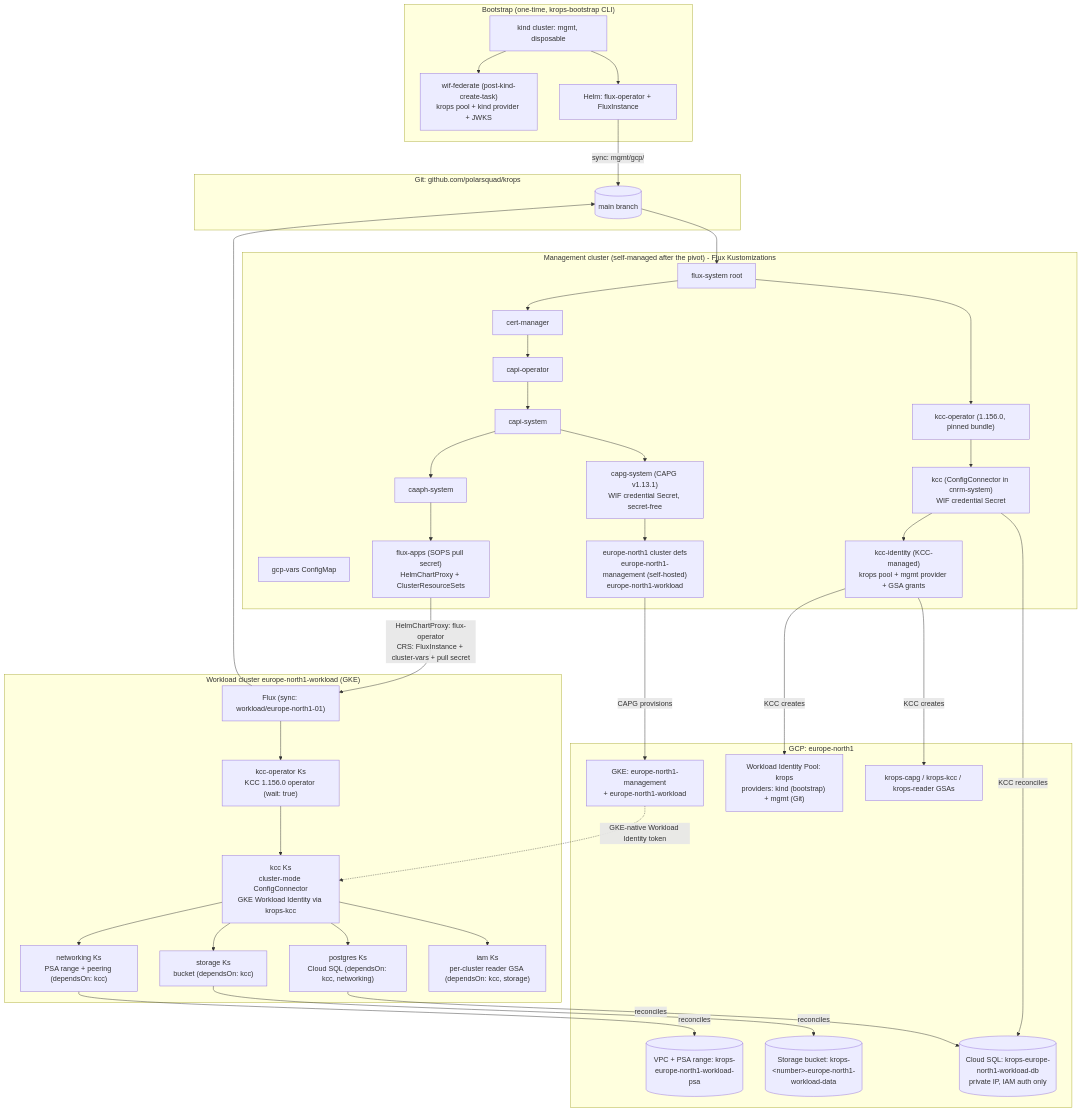
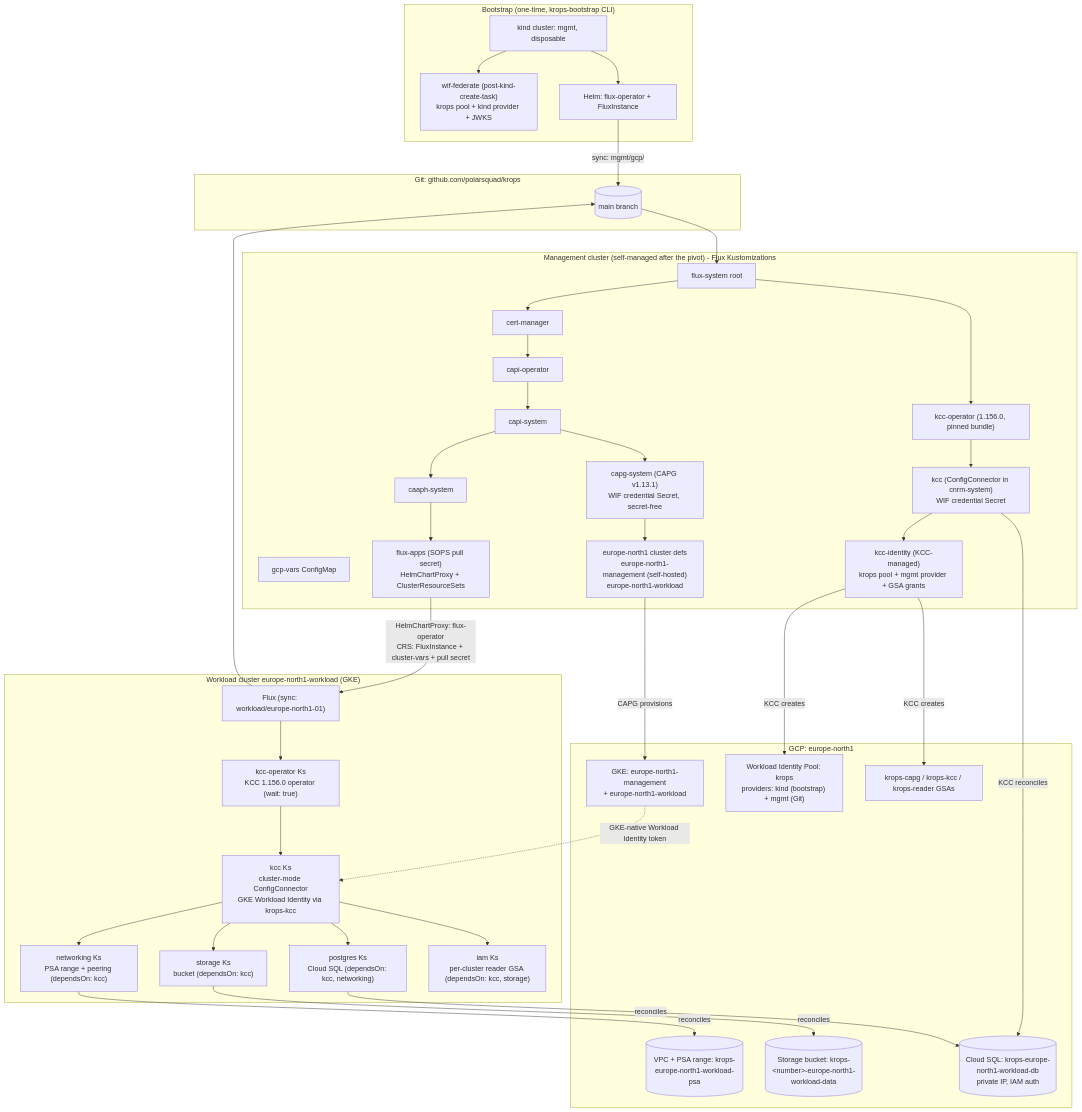
The third of 5 diagrams in docs/architecture.md (TrueHear-Infra/truehear-infra-dev), drawn with Mermaid before and after one commit. The commit also changed 8 other files, not shown here.

First line of the commit message:
fix(gcp): set the Cloud SQL edition, drop requireSsl, correct the IAM-only claim (#360)

````diff
--- a/docs/architecture.md
+++ b/docs/architecture.md
@@ -344,74 +344,74 @@
 ```mermaid
 flowchart TD
     subgraph bootstrap["Bootstrap (one-time, krops-bootstrap CLI)"]
         KIND[kind cluster: mgmt, disposable]
         WIF["wif-federate (post-kind-create-task)<br/>krops pool + kind provider + JWKS"]
         HELM[Helm: flux-operator + FluxInstance]
         KIND --> WIF
         KIND --> HELM
     end
 
     subgraph git["Git: github.com/polarsquad/krops"]
         REPO[(main branch)]
     end
 
     HELM -->|"sync: mgmt/gcp/"| REPO
 
     subgraph mgmt["Management cluster (self-managed after the pivot) - Flux Kustomizations"]
         FS[flux-system root]
         GCPV[gcp-vars ConfigMap]
         CM[cert-manager]
         CO[capi-operator]
         CAPIS[capi-system]
         CAPGS["capg-system (CAPG v1.13.1)<br/>WIF credential Secret, secret-free"]
         CAAPH[caaph-system]
         KCCO["kcc-operator (1.156.0, pinned bundle)"]
         KCC["kcc (ConfigConnector in cnrm-system)<br/>WIF credential Secret"]
         KCCI["kcc-identity (KCC-managed)<br/>krops pool + mgmt provider + GSA grants"]
         EUNC["europe-north1 cluster defs<br/>europe-north1-management (self-hosted)<br/>europe-north1-workload"]
         FA["flux-apps (SOPS pull secret)<br/>HelmChartProxy + ClusterResourceSets"]
 
         FS --> CM --> CO --> CAPIS --> CAPGS
         CAPIS --> CAAPH --> FA
         FS --> KCCO --> KCC --> KCCI
         CAPGS --> EUNC
     end
 
     REPO --> FS
 
     subgraph gcp["GCP: europe-north1"]
         GKE[GKE: europe-north1-management<br/>+ europe-north1-workload]
         POOL["Workload Identity Pool: krops<br/>providers: kind (bootstrap) + mgmt (Git)"]
         GSAS["krops-capg / krops-kcc / krops-reader GSAs"]
         VPC[(VPC + PSA range: krops-europe-north1-workload-psa)]
         BUCKET[(Storage bucket: krops-&lt;number&gt;-europe-north1-workload-data)]
-        SQL[(Cloud SQL: krops-europe-north1-workload-db<br/>private IP, IAM auth only)]
+        SQL[(Cloud SQL: krops-europe-north1-workload-db<br/>private IP, IAM auth)]
     end
 
     EUNC -->|CAPG provisions| GKE
     KCCI -->|KCC creates| POOL
     KCCI -->|KCC creates| GSAS
     KCC -->|KCC reconciles| SQL
     FA -->|"HelmChartProxy: flux-operator<br/>CRS: FluxInstance + cluster-vars + pull secret"| WF
 
     subgraph wl["Workload cluster europe-north1-workload (GKE)"]
         WF["Flux (sync: workload/europe-north1-01)"]
         WKCCO["kcc-operator Ks<br/>KCC 1.156.0 operator (wait: true)"]
         WKCC["kcc Ks<br/>cluster-mode ConfigConnector<br/>GKE Workload Identity via krops-kcc"]
         WNET["networking Ks<br/>PSA range + peering (dependsOn: kcc)"]
         WSTOR["storage Ks<br/>bucket (dependsOn: kcc)"]
         WPSQL["postgres Ks<br/>Cloud SQL (dependsOn: kcc, networking)"]
         WIAM["iam Ks<br/>per-cluster reader GSA (dependsOn: kcc, storage)"]
 
         WF --> WKCCO --> WKCC --> WNET
         WKCC --> WSTOR
         WKCC --> WPSQL
         WKCC --> WIAM
     end
 
     WF --> REPO
     GKE -.->|GKE-native Workload Identity token| WKCC
     WNET -->|reconciles| VPC
     WSTOR -->|reconciles| BUCKET
     WPSQL -->|reconciles| SQL
 ```
````
